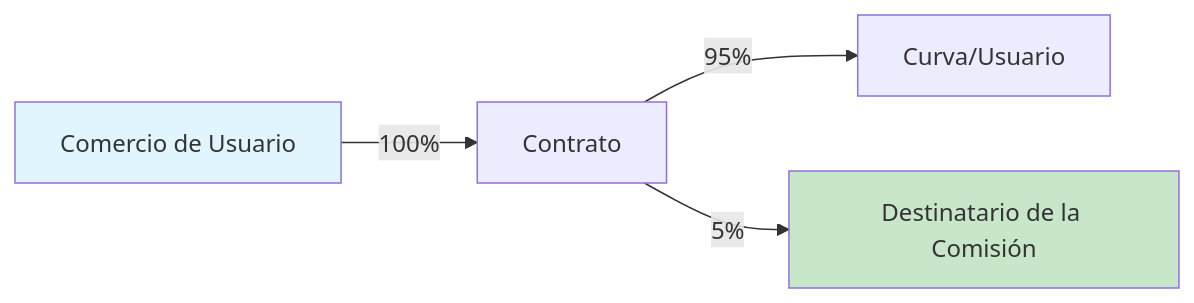
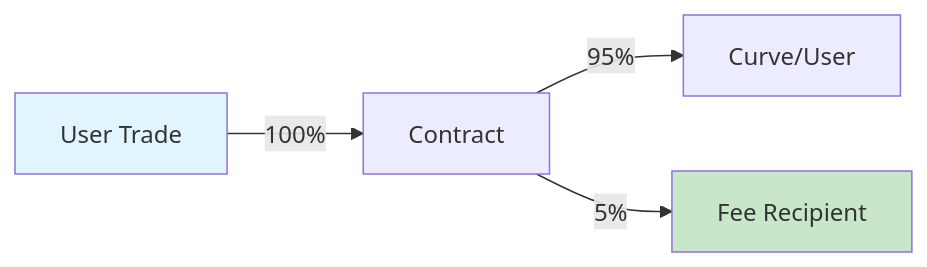
The second of 2 diagrams in docs/es/bondkit/concepts/bonding-phase.mdx (b3-fun/b3), drawn with Mermaid before and after one commit. The commit also changed other lines of this file and 113 other files, not shown here.

````diff
--- a/docs/es/bondkit/concepts/bonding-phase.mdx
+++ b/docs/es/bondkit/concepts/bonding-phase.mdx
@@ -163,9 +163,9 @@
 ```mermaid
 graph LR
-    A[Comercio de Usuario] -->|100%| B[Contrato]
-    B -->|95%| C[Curva/Usuario]
-    B -->|5%| D[Destinatario de la Comisión]
+    A[User Trade] -->|100%| B[Contract]
+    B -->|95%| C[Curve/User]
+    B -->|5%| D[Fee Recipient]
     
     style A fill:#e1f5fe
     style D fill:#c8e6c9
 ```
````
